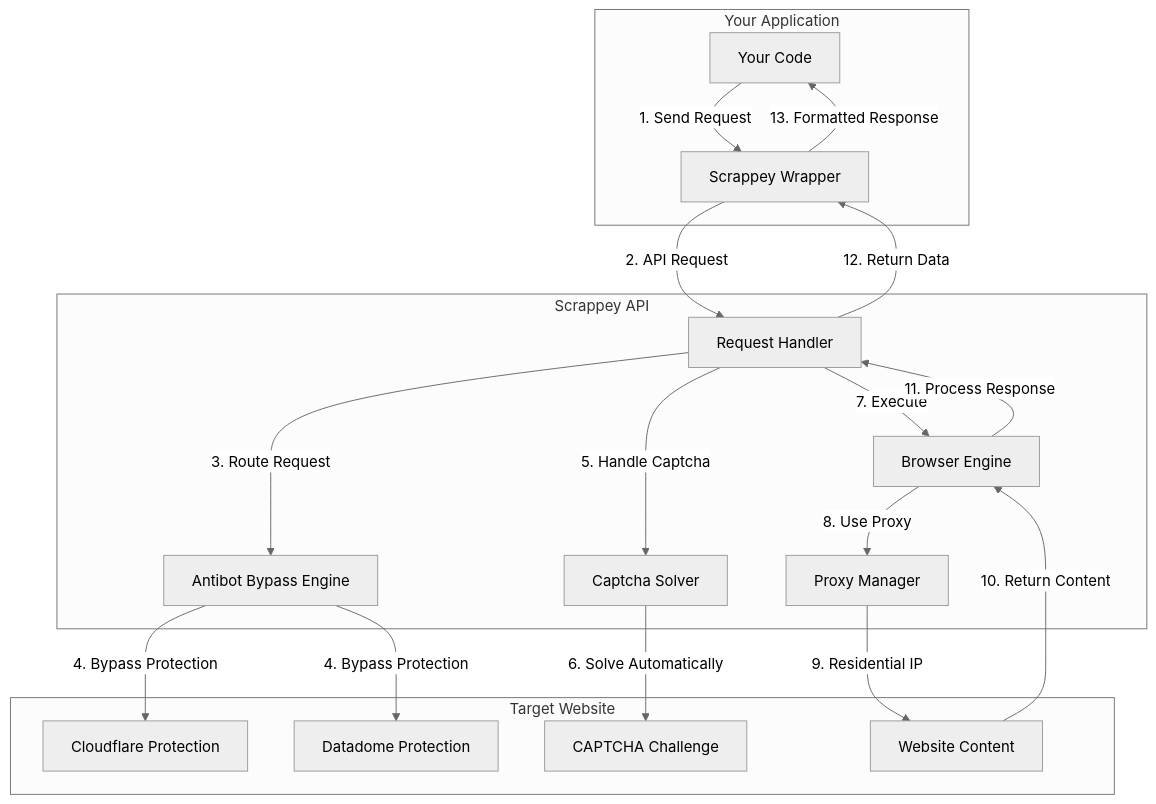
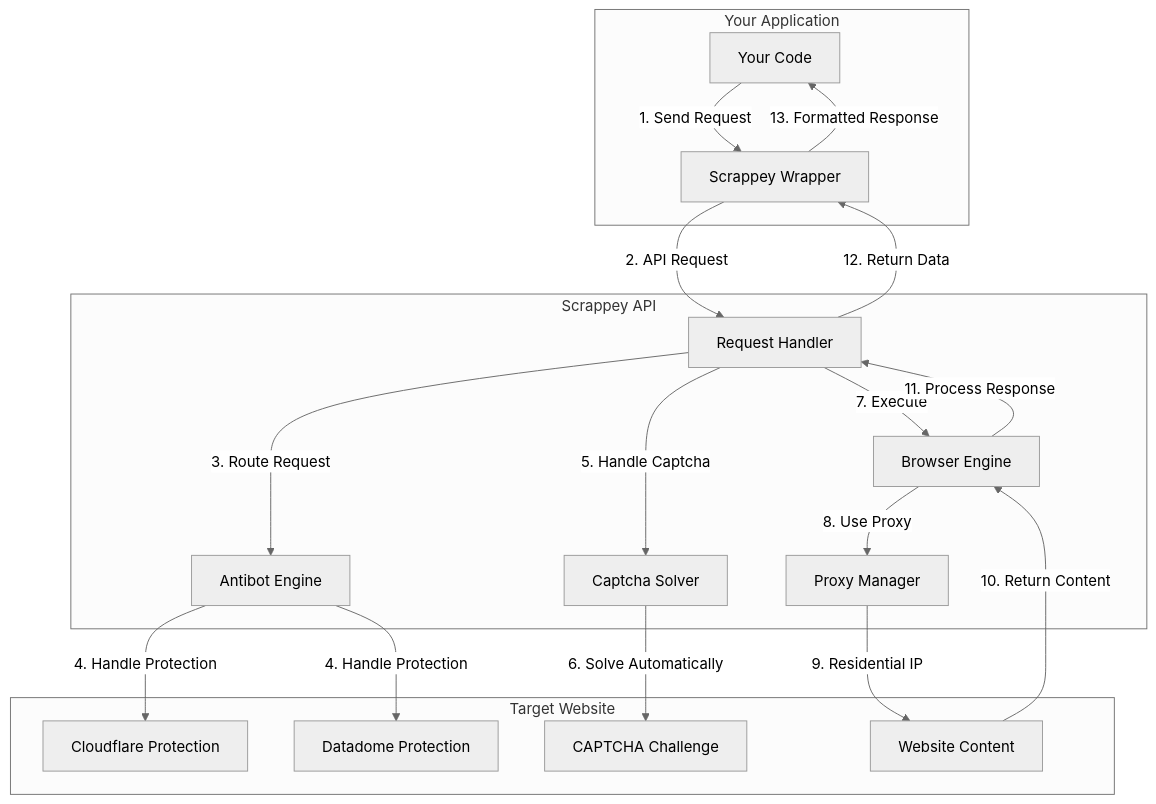
The diagram in readme.md (pim97/scrappey.js), drawn with Mermaid (neutral theme) before and after one commit. The commit also changed other lines of this file, not shown here.

````diff
--- a/readme.md
+++ b/readme.md
@@ -42,41 +42,41 @@
 ```mermaid
 flowchart TB
     subgraph YourApp[Your Application]
         Code[Your Code]
         Wrapper[Scrappey Wrapper]
     end
     
     subgraph ScrappeyAPI[Scrappey API]
         RequestHandler[Request Handler]
-        AntibotBypass[Antibot Bypass Engine]
+        AntibotEngine[Antibot Engine]
         CaptchaSolver[Captcha Solver]
         BrowserEngine[Browser Engine]
         ProxyManager[Proxy Manager]
     end
     
     subgraph TargetSite[Target Website]
         Cloudflare[Cloudflare Protection]
         Datadome[Datadome Protection]
         Captcha[CAPTCHA Challenge]
         Website[Website Content]
     end
     
     Code -->|1. Send Request| Wrapper
     Wrapper -->|2. API Request| RequestHandler
     
-    RequestHandler -->|3. Route Request| AntibotBypass
-    AntibotBypass -->|4. Bypass Protection| Cloudflare
-    AntibotBypass -->|4. Bypass Protection| Datadome
+    RequestHandler -->|3. Route Request| AntibotEngine
+    AntibotEngine -->|4. Handle Protection| Cloudflare
+    AntibotEngine -->|4. Handle Protection| Datadome
     
     RequestHandler -->|5. Handle Captcha| CaptchaSolver
     CaptchaSolver -->|6. Solve Automatically| Captcha
     
     RequestHandler -->|7. Execute| BrowserEngine
     BrowserEngine -->|8. Use Proxy| ProxyManager
     ProxyManager -->|9. Residential IP| Website
     
     Website -->|10. Return Content| BrowserEngine
     BrowserEngine -->|11. Process Response| RequestHandler
     RequestHandler -->|12. Return Data| Wrapper
     Wrapper -->|13. Formatted Response| Code
 ```
````
